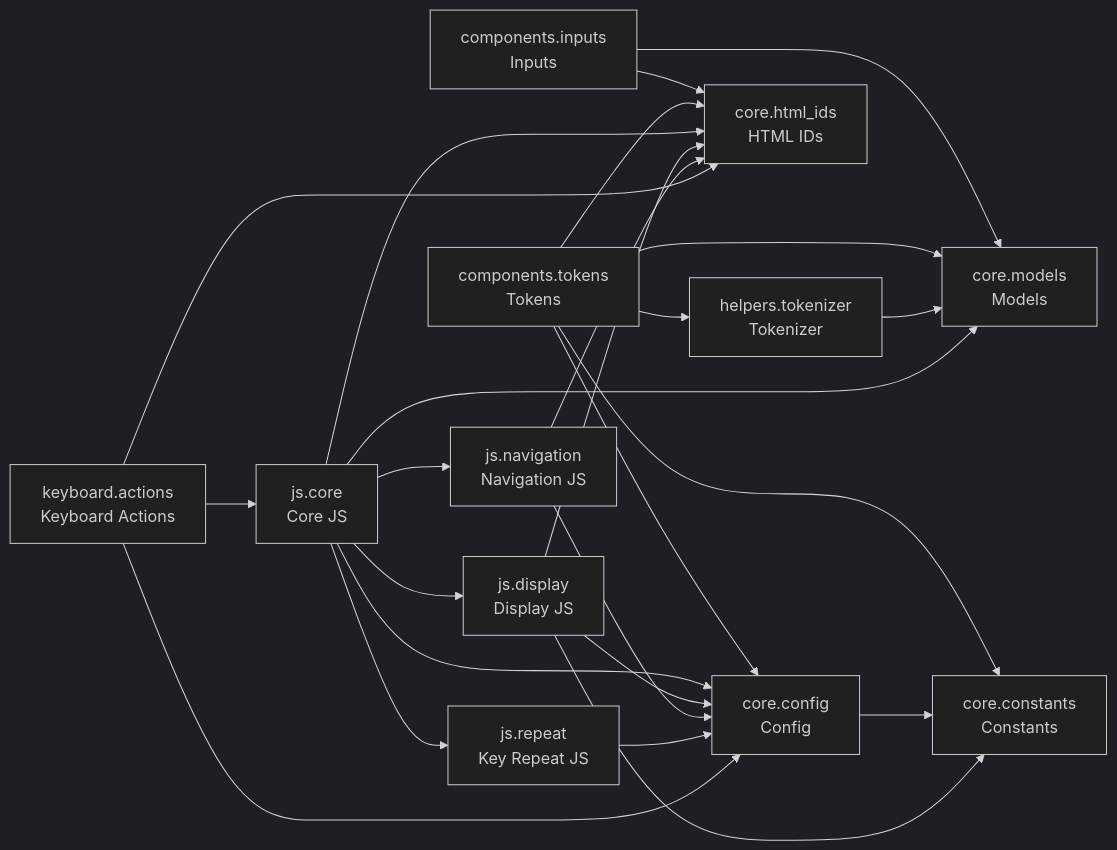
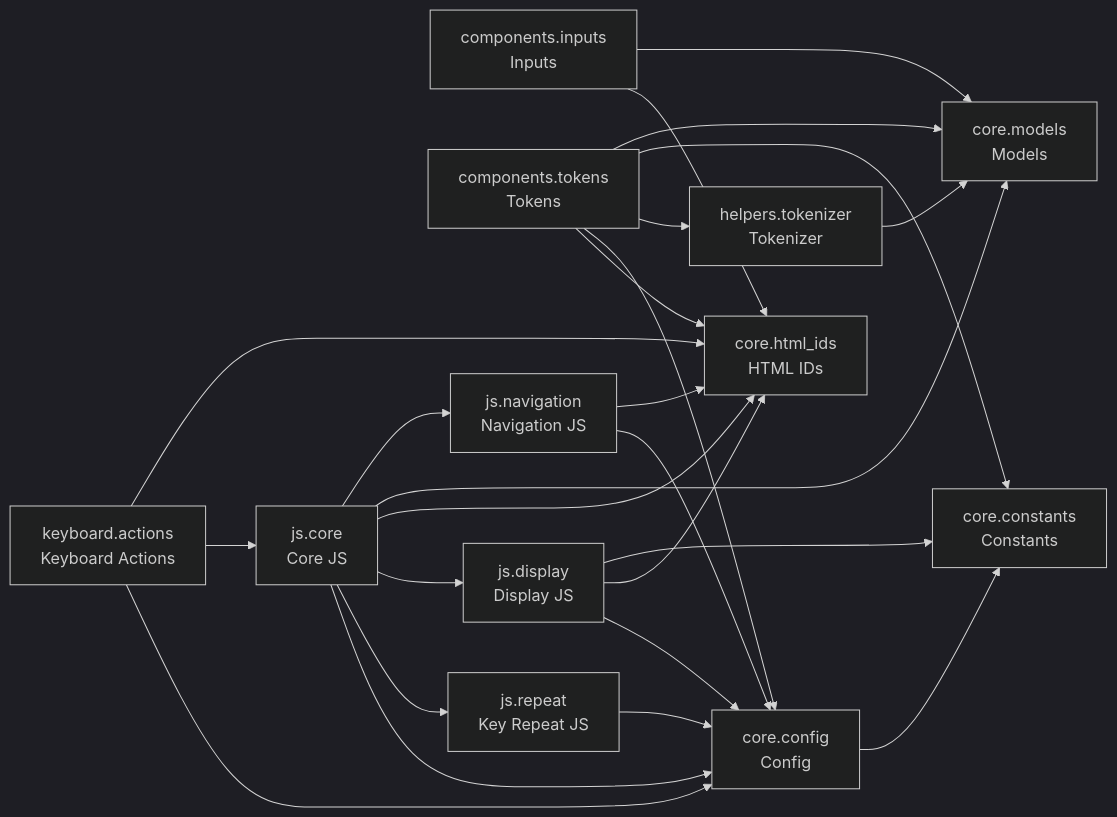
The diagram in README.md (cj-mills/cjm-fasthtml-token-selector), drawn with Mermaid (dark theme) before and after one commit. The commit also changed other lines of this file and 9 other files, not shown here.

Commit message:
Replace bespoke keyboard-shortcuts prose in token-selector demos with the keyboard-hints modal; surface client-side Shift+Arrow span-extend via documentation-only KeyActions (G4 D2 demos).

````diff
--- a/README.md
+++ b/README.md
@@ -37,40 +37,40 @@
 ``` mermaid
 graph LR
     components_inputs[components.inputs<br/>Inputs]
     components_tokens[components.tokens<br/>Tokens]
     core_config[core.config<br/>Config]
     core_constants[core.constants<br/>Constants]
     core_html_ids[core.html_ids<br/>HTML IDs]
     core_models[core.models<br/>Models]
     helpers_tokenizer[helpers.tokenizer<br/>Tokenizer]
     js_core[js.core<br/>Core JS]
     js_display[js.display<br/>Display JS]
     js_navigation[js.navigation<br/>Navigation JS]
     js_repeat[js.repeat<br/>Key Repeat JS]
     keyboard_actions[keyboard.actions<br/>Keyboard Actions]
 
     components_inputs --> core_models
     components_inputs --> core_html_ids
+    components_tokens --> core_models
     components_tokens --> core_constants
-    components_tokens --> core_models
+    components_tokens --> helpers_tokenizer
     components_tokens --> core_config
     components_tokens --> core_html_ids
-    components_tokens --> helpers_tokenizer
     core_config --> core_constants
     helpers_tokenizer --> core_models
-    js_core --> js_display
+    js_core --> js_navigation
     js_core --> core_models
     js_core --> core_html_ids
+    js_core --> js_display
+    js_core --> js_repeat
     js_core --> core_config
-    js_core --> js_repeat
-    js_core --> js_navigation
     js_display --> core_constants
     js_display --> core_html_ids
     js_display --> core_config
+    js_navigation --> core_html_ids
     js_navigation --> core_config
-    js_navigation --> core_html_ids
     js_repeat --> core_config
     keyboard_actions --> core_html_ids
+    keyboard_actions --> js_core
     keyboard_actions --> core_config
-    keyboard_actions --> js_core
 ```
````
